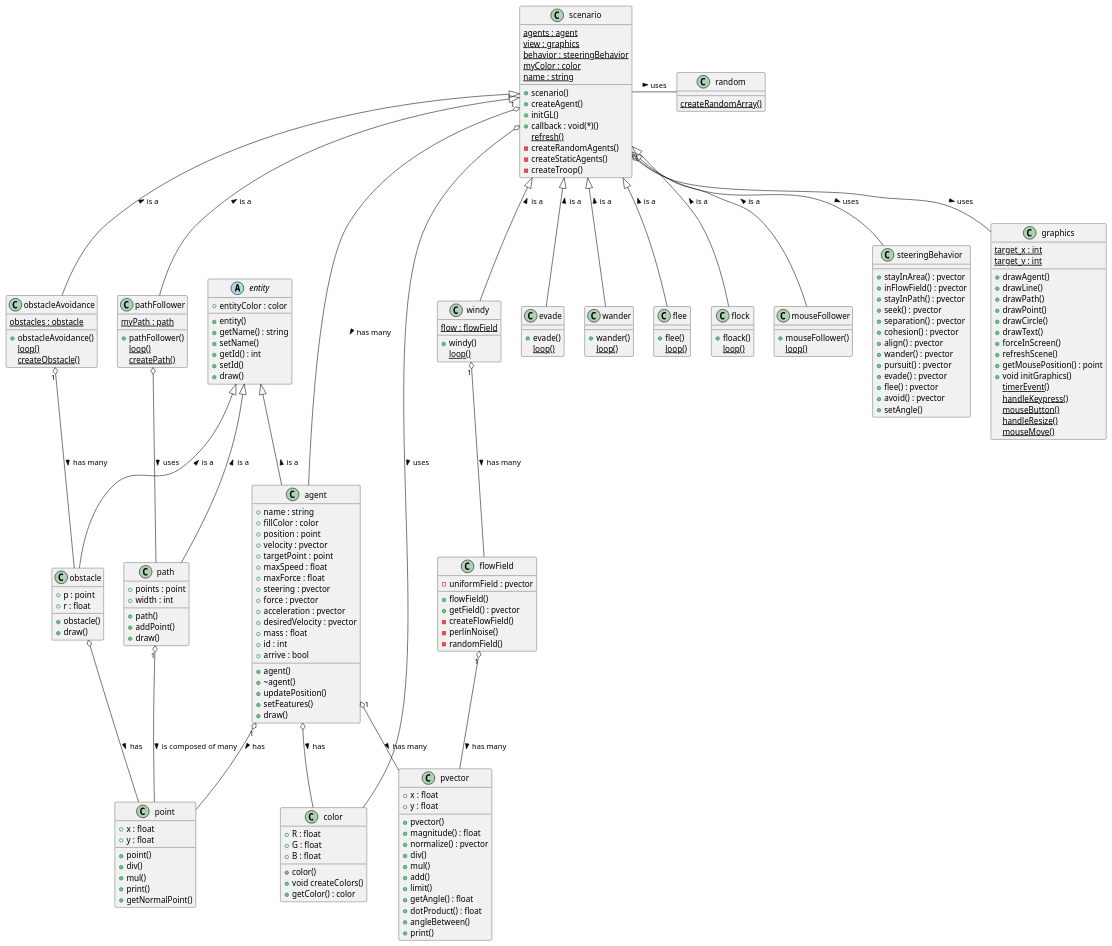
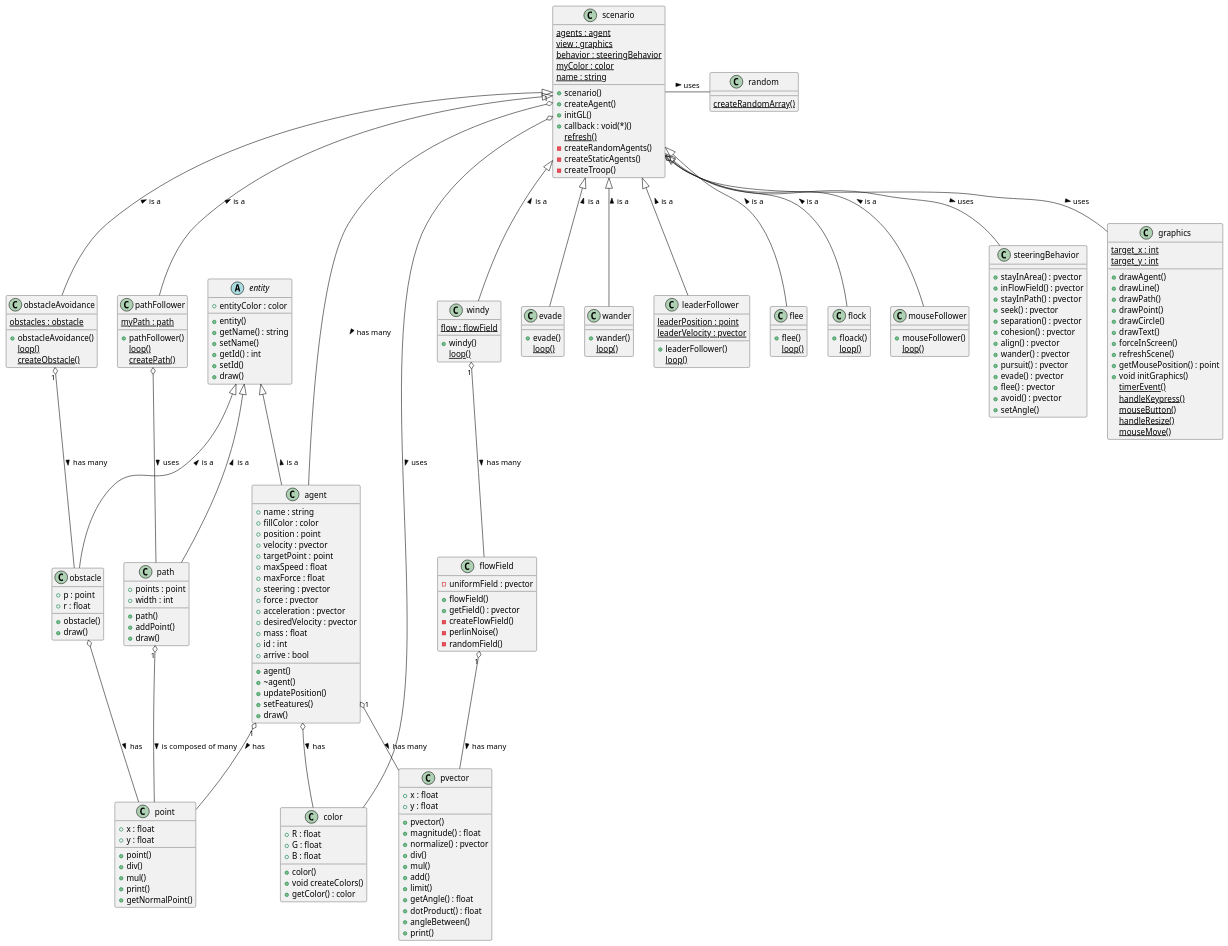
One commit to mehmetrizaoz/autonomousSteeringAgents changed the diagram in docs/uml/class_diagram.puml. Above: the diagram before and after it, drawn with PlantUML. The commit also changed 4 other files, not shown here.

Commit message:
uml updated

```diff
--- a/docs/uml/class_diagram.puml
+++ b/docs/uml/class_diagram.puml
@@ -32,6 +32,14 @@
   {static}loop()
   {static}flow : flowField
 }
+
+class leaderFollower{
+  +leaderFollower()
+  {static}loop()
+  {static}leaderPosition : point
+  {static}leaderVelocity : pvector
+}
+
 
 class obstacleAvoidance{
   +obstacleAvoidance()
@@ -193,6 +201,9 @@
   {static} target_y : int
 }
 
+entity <|-- path : is a <
+entity <|-- agent : is a <
+entity <|-- obstacle : is a < 
 obstacle o-- point : has >
 flowField "1" o-- pvector : has many >
 agent "1" o-- pvector : has many >
@@ -204,6 +215,7 @@
 scenario o-- steeringBehavior : uses  >
 scenario o-- color : uses >
 scenario <|-- evade : is a <
+scenario <|-- leaderFollower : is a <
 scenario <|-- flee : is a <
 scenario <|-- flock : is a <
 scenario <|-- mouseFollower : is a <
@@ -215,7 +227,4 @@
 pathFollower o-- path : uses >
 windy "1" o-- flowField : has many >
 scenario - random : uses >
-entity <|-- path : is a <
-entity <|-- agent : is a <
-entity <|-- obstacle : is a < 
 @enduml
```
